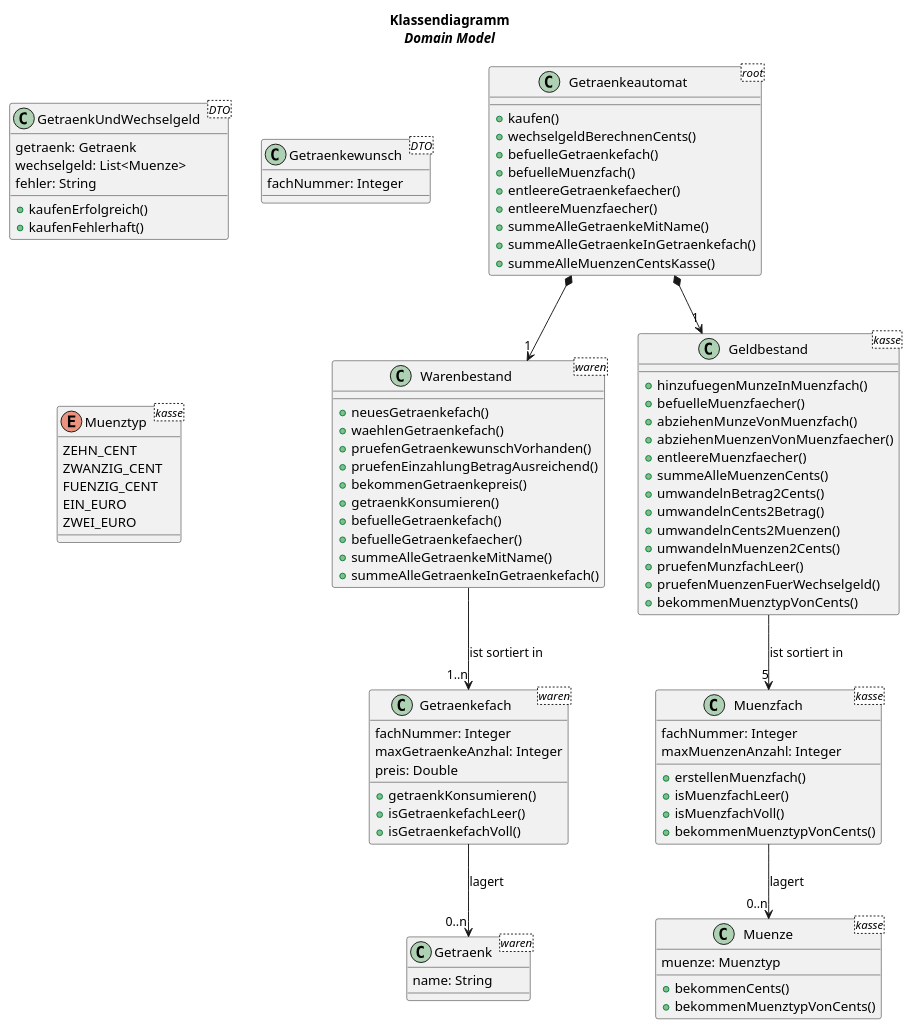
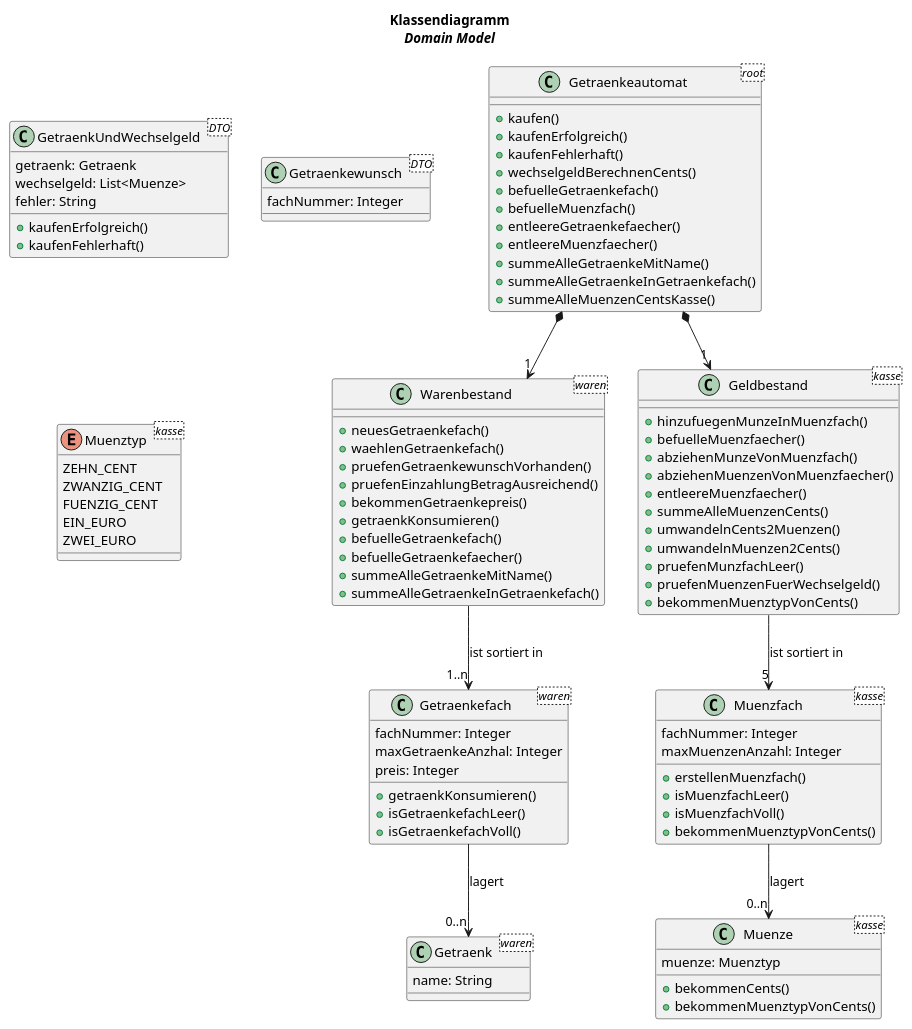
One commit to robertodefreitas/Getraenkeautomat.2022-02-09 changed the diagram in uml-Klassendiagramm.puml. Above: the diagram before and after it, drawn with PlantUML. The commit also changed 6 other files, not shown here.

```diff
--- a/uml-Klassendiagramm.puml
+++ b/uml-Klassendiagramm.puml
@@ -1,140 +1,142 @@
 @startuml
 'https://plantuml.com/class-diagram
 
 title
  Klassendiagramm
  <i>Domain Model</i>
 end title
 
 class Getraenkeautomat <root> {
 'beide werden im Klassendiagramm nicht geschrieben, weil die 1.. beziehung das schon zeigt
 'also, es ist klar dass die vorhanden sind
 'warenbestand
 'geldbestand
 '+GetraenkUndWechselgeld kaufen(Getraenkewunsch auswahl, Muenze... einzahlung)
 +kaufen()
++kaufenErfolgreich()
++kaufenFehlerhaft()
 +wechselgeldBerechnenCents()
 +befuelleGetraenkefach()
 +befuelleMuenzfach()
 +entleereGetraenkefaecher()
 +entleereMuenzfaecher()
 +summeAlleGetraenkeMitName()
 +summeAlleGetraenkeInGetraenkefach()
 +summeAlleMuenzenCentsKasse()
 }
 
 
 'WAREN
 
 class Warenbestand <waren> {
 'getraenkefaecher: List<Getraenkefach>
 +neuesGetraenkefach()
 +waehlenGetraenkefach()
 +pruefenGetraenkewunschVorhanden()
 +pruefenEinzahlungBetragAusreichend()
 +bekommenGetraenkepreis()
 +getraenkKonsumieren()
 +befuelleGetraenkefach()
 +befuelleGetraenkefaecher()
 +summeAlleGetraenkeMitName()
 +summeAlleGetraenkeInGetraenkefach()
 }
 
 class Getraenkefach <waren> {
 fachNummer: Integer
 'getraenke: List<Getraenk>
 maxGetraenkeAnzhal: Integer
-preis: Double
+preis: Integer
 +getraenkKonsumieren()
 +isGetraenkefachLeer()
 +isGetraenkefachVoll()
 }
 
 class Getraenk <waren> {
 name: String
 }
 
 
 'KASSE
 
 class Geldbestand <kasse> {
 'muenzfaecher: List<Muenzfach>
 +hinzufuegenMunzeInMuenzfach()
 +befuelleMuenzfaecher()
 +abziehenMunzeVonMuenzfach()
 +abziehenMuenzenVonMuenzfaecher()
 +entleereMuenzfaecher()
 +summeAlleMuenzenCents()
-+umwandelnBetrag2Cents()
-+umwandelnCents2Betrag()
+'+umwandelnBetrag2Cents()
+'+umwandelnCents2Betrag()
 +umwandelnCents2Muenzen()
 +umwandelnMuenzen2Cents()
 +pruefenMunzfachLeer()
 +pruefenMuenzenFuerWechselgeld()
 +bekommenMuenztypVonCents()
 }
 
 class Muenzfach <kasse> {
 fachNummer: Integer
 'muenzen: List<Muenze>
 maxMuenzenAnzahl: Integer
 +erstellenMuenzfach()
 +isMuenzfachLeer()
 +isMuenzfachVoll()
 +bekommenMuenztypVonCents()
 }
 
 class Muenze <kasse> {
 muenze: Muenztyp
 +bekommenCents()
 +bekommenMuenztypVonCents()
 }
 
 
 'OHNE_BEZIEHUNG
 
 class GetraenkUndWechselgeld <DTO> {
 getraenk: Getraenk
 wechselgeld: List<Muenze>
 fehler: String
 +kaufenErfolgreich()
 +kaufenFehlerhaft()
 }
 
 class Getraenkewunsch <DTO> {
 fachNummer: Integer
 }
 
 enum Muenztyp <kasse> {
 ZEHN_CENT
 ZWANZIG_CENT
 FUENZIG_CENT
 EIN_EURO
 ZWEI_EURO
 }
 
 
 'BEZIEHUNGEN
 'https://info-wsf.de/assoziation-aggregation-und-komposition/
 'https://www.geeksforgeeks.org/association-composition-aggregation-java/
 'Komposition
 'Class --* Composition
 'Aggregation
 'Class --o Aggregation
 'Assoziation
 'Class --> Association
 'Class --|> Extension
 
 '-down->
 '-right->
 '-left->
 '-up->
 Getraenkeautomat *-down-> "1" Warenbestand
 Warenbestand -down-> "1..n" Getraenkefach : ist sortiert in
 Getraenkefach -down-> "0..n" Getraenk : lagert
 
 Getraenkeautomat *-down-> "1" Geldbestand
 Geldbestand -down-> "5" Muenzfach : ist sortiert in
 Muenzfach -down-> "0..n" Muenze : lagert
 
 @enduml
```
